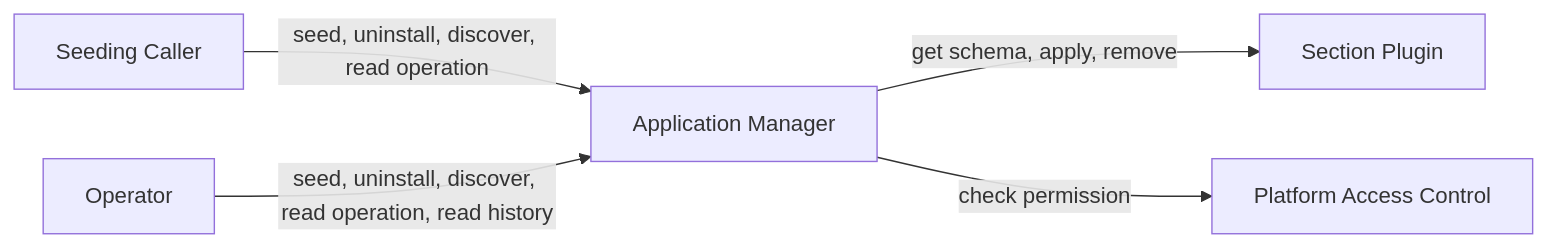
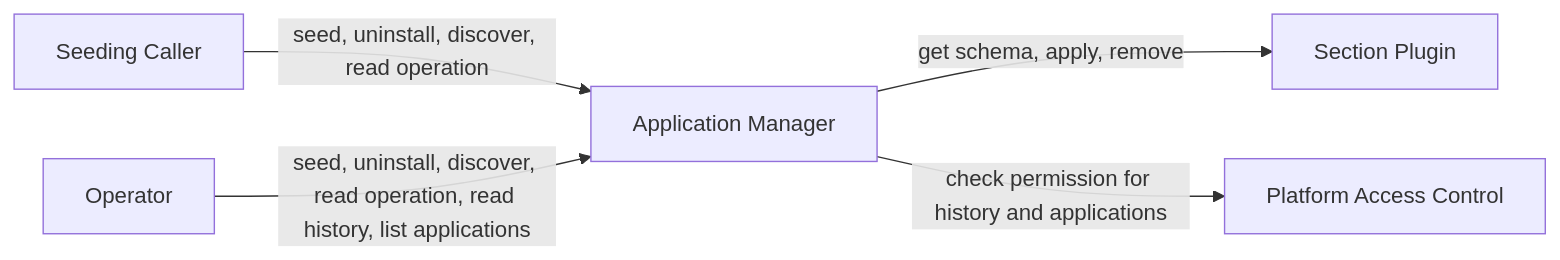
One commit to constructorfabric/gears-rust changed the diagram in gears/system/application-manager/docs/PRD.md. Above: the diagram before and after it, drawn with Mermaid. The commit also changed other lines of this file and 2 other files, not shown here.

Commit message:
Update so that seeding/uninstalling checks the list from am configuration

````diff
--- a/gears/system/application-manager/docs/PRD.md
+++ b/gears/system/application-manager/docs/PRD.md
@@ -171,7 +173,7 @@
 ```mermaid
 flowchart LR
     SC["Seeding Caller"] -->|"seed, uninstall, discover, read operation"| AM["Application Manager"]
-    OP["Operator"] -->|"seed, uninstall, discover, read operation, read history"| AM
+    OP["Operator"] -->|"seed, uninstall, discover, read operation, read history, list applications"| AM
     AM -->|"get schema, apply, remove"| SP["Section Plugin"]
-    AM -->|"check permission"| PAC["Platform Access Control"]
+    AM -->|"check permission for history and applications"| PAC["Platform Access Control"]
 ```
````
